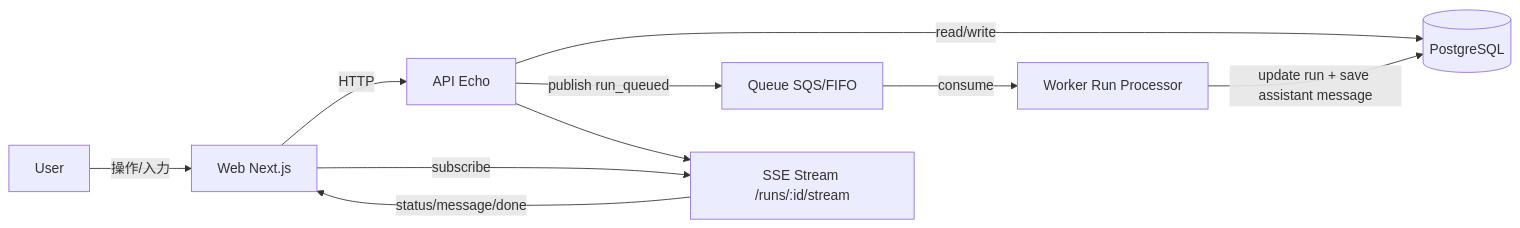
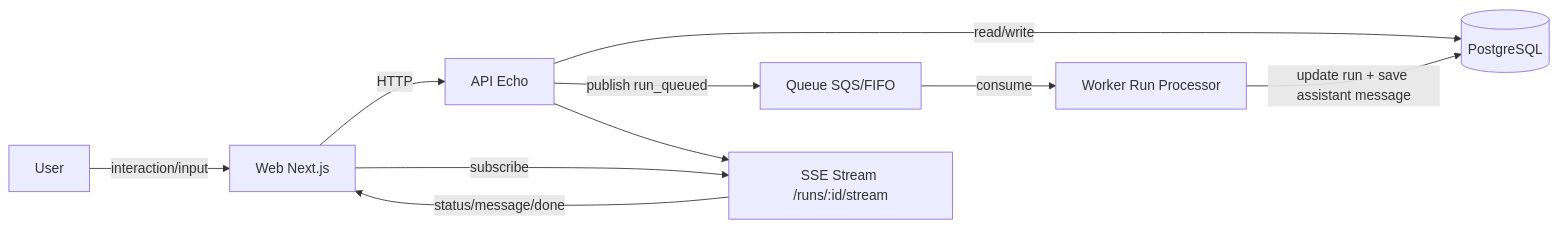
One commit to k-kanke/ai-workspace-platform changed the diagram in README.md. Above: the diagram before and after it, drawn with Mermaid. The commit also changed other lines of this file and 1 other file, not shown here.

````diff
--- a/README.md
+++ b/README.md
@@ -17,20 +18,20 @@
 ```mermaid
 flowchart LR
     U[User]
     W[Web Next.js]
     A[API Echo]
     Q[Queue SQS/FIFO]
     K[Worker Run Processor]
     D[(PostgreSQL)]
     S[SSE Stream /runs/:id/stream]
 
-    U -->|操作/入力| W
+    U -->|interaction/input| W
     W -->|HTTP| A
     A -->|read/write| D
     A -->|publish run_queued| Q
     Q -->|consume| K
     K -->|update run + save assistant message| D
     W -->|subscribe| S
     S -->|status/message/done| W
     A --> S
 ```
````
